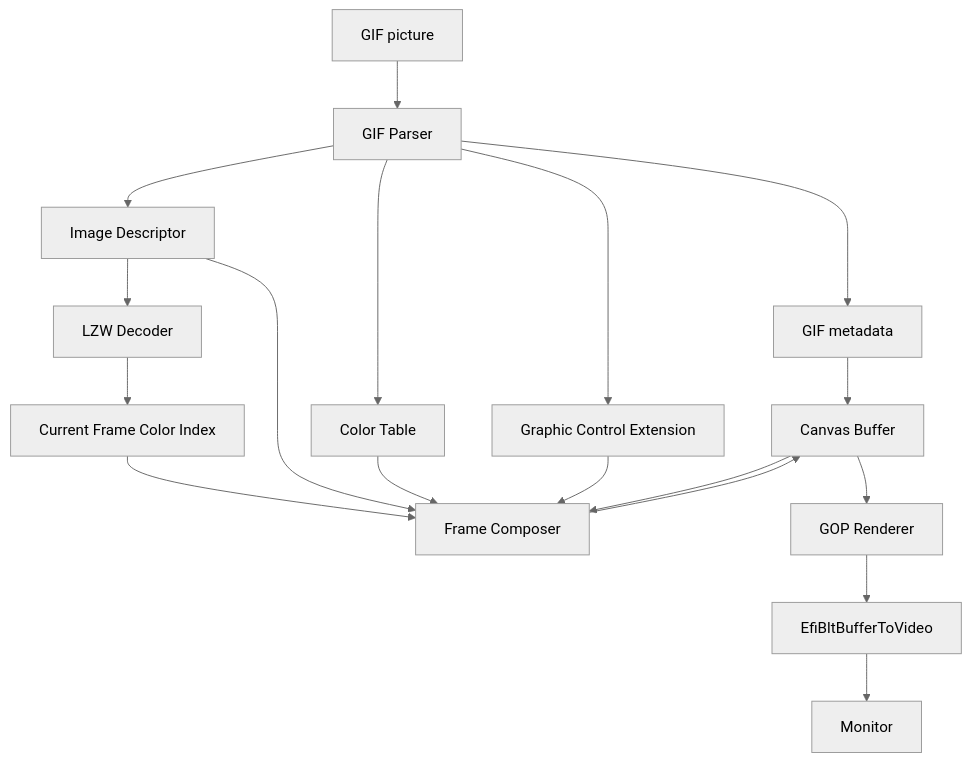
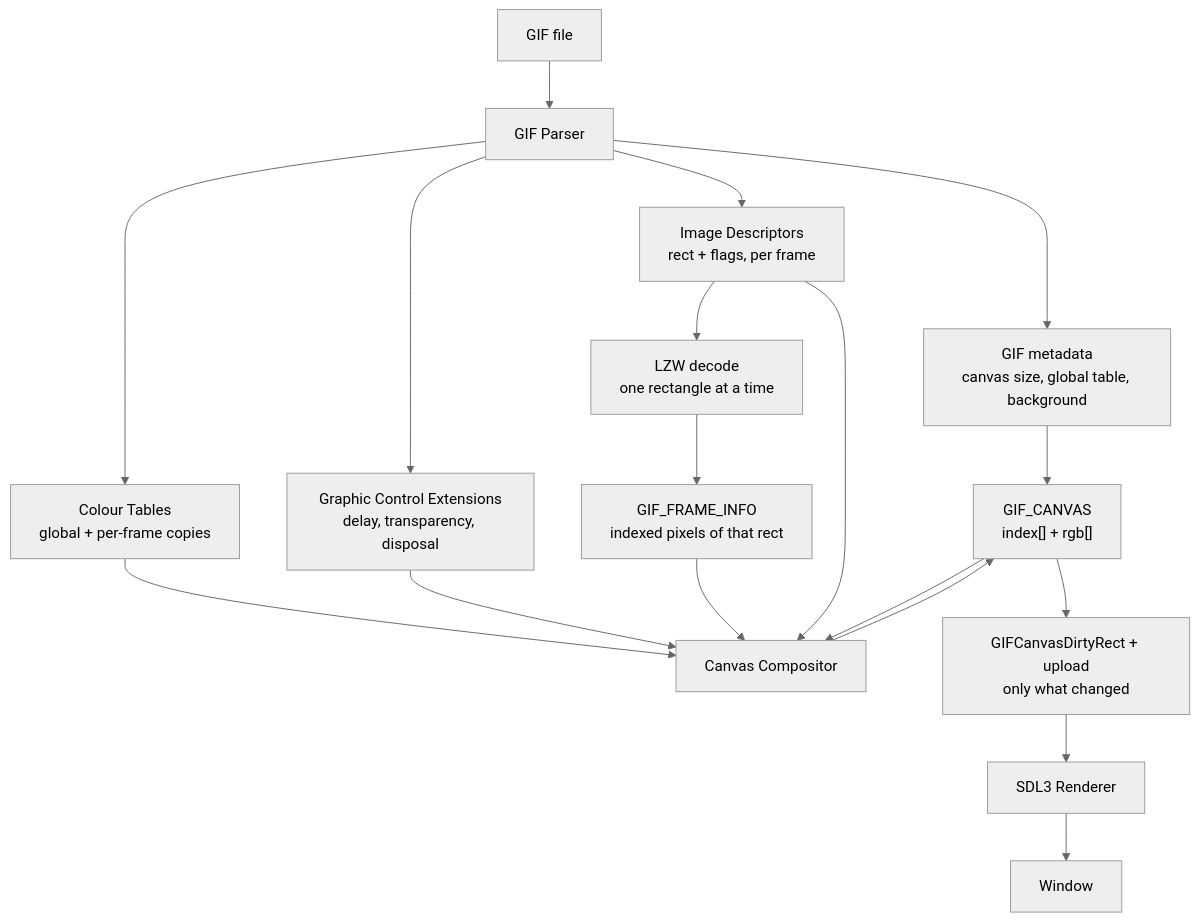
The diagram in Readme.md (saiumr/GifParser), drawn with Mermaid (neutral theme) before and after one commit. The commit also changed other lines of this file and 51 other files, not shown here.

````diff
--- a/Readme.md
+++ b/Readme.md
@@ -176,27 +234,23 @@
 ```mermaid
 flowchart TD
-    A["GIF picture"] --> B["GIF Parser"]
+    A["GIF file"] --> B["GIF Parser"]
+    B --> C["GIF metadata<br/>canvas size, global table, background"]
+    B --> D["Image Descriptors<br/>rect + flags, per frame"]
+    B --> E["Colour Tables<br/>global + per-frame copies"]
+    B --> F["Graphic Control Extensions<br/>delay, transparency, disposal"]
 
-    B --> C["GIF metadata"]
-    B --> D["Image Descriptor"]
-    B --> E["Color Table"]
-    B --> F["Graphic Control Extension"]
+    D --> G["LZW decode<br/>one rectangle at a time"]
+    G --> H["GIF_FRAME_INFO<br/>indexed pixels of that rect"]
 
-    D --> G["LZW Decoder"]
-
-    G --> H["Current Frame Color Index"]
-
-    C --> I["Canvas Buffer"]
-    H --> J["Frame Composer"]
+    C --> I["GIF_CANVAS<br/>index[] + rgb[]"]
+    E --> J["Canvas Compositor"]
+    F --> J
+    H --> J
     D --> J
-    E --> J
-    F --> J
     I --> J
 
     J --> I
-
-    I --> K["GOP Renderer"]
-
-    K --> L["EfiBltBufferToVideo"]
-    L --> M["Monitor"]
+    I --> K["GIFCanvasDirtyRect + upload<br/>only what changed"]
+    K --> L["SDL3 Renderer"]
+    L --> M["Window"]
 ```
````
